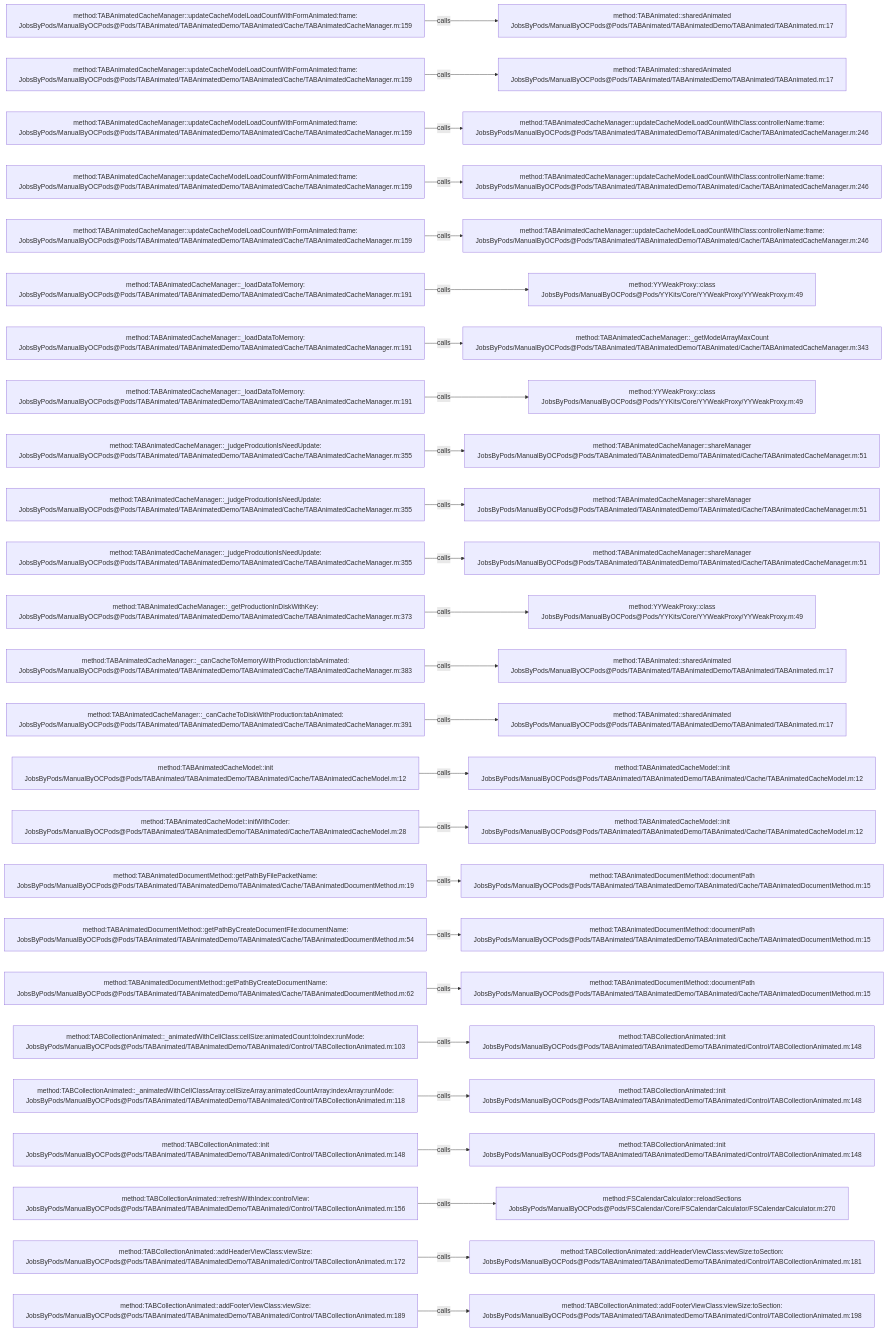
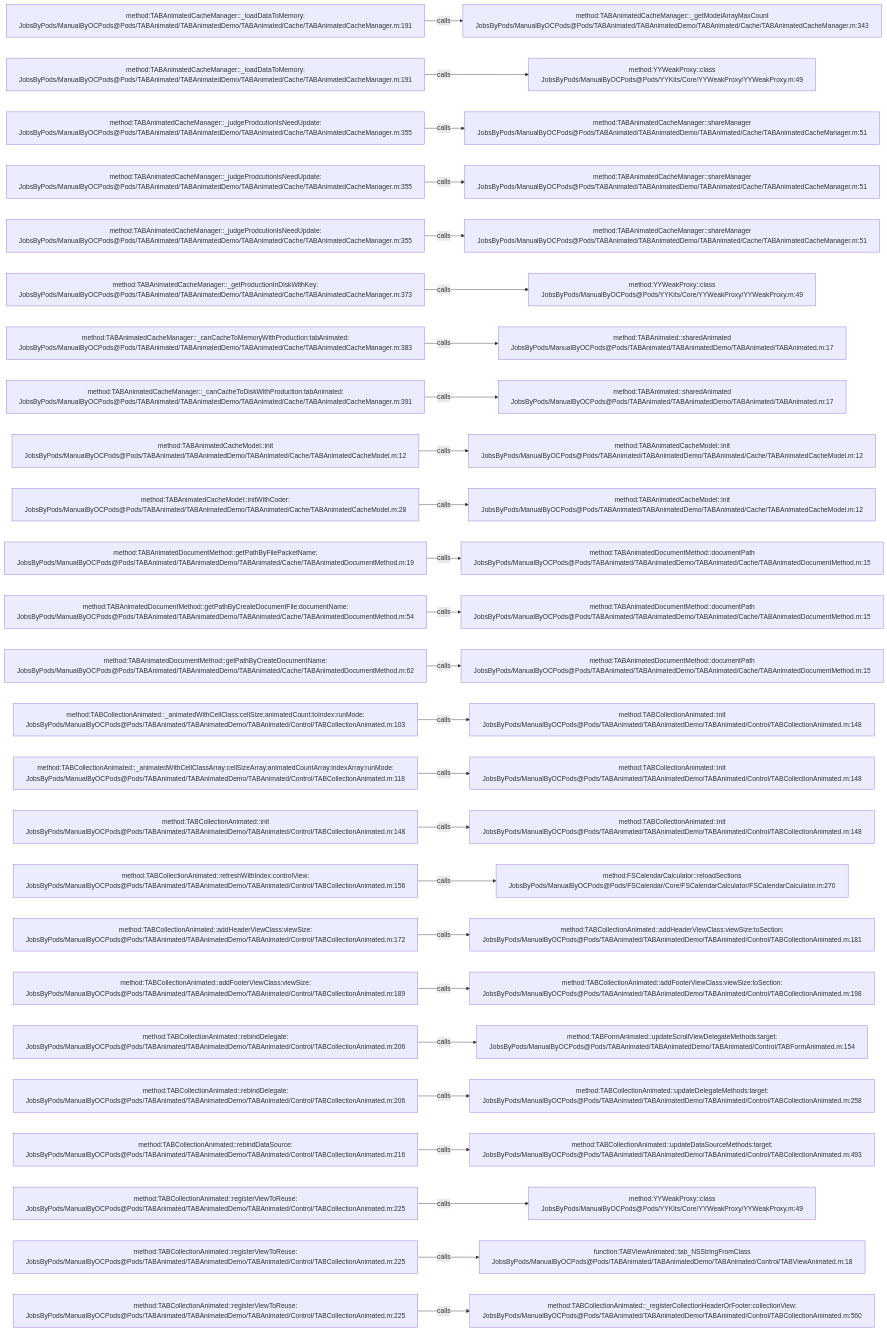
The diagram in .codegraph/codegraph.md/graphs/calls-013.md (JobsKits/JobsOCBaseConfigDemo), drawn with Mermaid before and after one commit. The commit also changed 666 other files, not shown here.

````diff
--- a/.codegraph/codegraph.md/graphs/calls-013.md
+++ b/.codegraph/codegraph.md/graphs/calls-013.md
@@ -13,78 +13,78 @@
 ```mermaid
 flowchart LR
-  S1["method:TABAnimatedCacheManager::updateCacheModelLoadCountWithFormAnimated:frame:<br/>JobsByPods/ManualByOCPods@Pods/TABAnimated/TABAnimatedDemo/TABAnimated/Cache/TABAnimatedCacheManager.m:159"]
-  T1["method:TABAnimated::sharedAnimated<br/>JobsByPods/ManualByOCPods@Pods/TABAnimated/TABAnimatedDemo/TABAnimated/TABAnimated.m:17"]
+  S1["method:TABAnimatedCacheManager::_loadDataToMemory:<br/>JobsByPods/ManualByOCPods@Pods/TABAnimated/TABAnimatedDemo/TABAnimated/Cache/TABAnimatedCacheManager.m:191"]
+  T1["method:TABAnimatedCacheManager::_getModelArrayMaxCount<br/>JobsByPods/ManualByOCPods@Pods/TABAnimated/TABAnimatedDemo/TABAnimated/Cache/TABAnimatedCacheManager.m:343"]
   S1 -->|calls| T1
-  S2["method:TABAnimatedCacheManager::updateCacheModelLoadCountWithFormAnimated:frame:<br/>JobsByPods/ManualByOCPods@Pods/TABAnimated/TABAnimatedDemo/TABAnimated/Cache/TABAnimatedCacheManager.m:159"]
-  T2["method:TABAnimated::sharedAnimated<br/>JobsByPods/ManualByOCPods@Pods/TABAnimated/TABAnimatedDemo/TABAnimated/TABAnimated.m:17"]
+  S2["method:TABAnimatedCacheManager::_loadDataToMemory:<br/>JobsByPods/ManualByOCPods@Pods/TABAnimated/TABAnimatedDemo/TABAnimated/Cache/TABAnimatedCacheManager.m:191"]
+  T2["method:YYWeakProxy::class<br/>JobsByPods/ManualByOCPods@Pods/YYKits/Core/YYWeakProxy/YYWeakProxy.m:49"]
   S2 -->|calls| T2
-  S3["method:TABAnimatedCacheManager::updateCacheModelLoadCountWithFormAnimated:frame:<br/>JobsByPods/ManualByOCPods@Pods/TABAnimated/TABAnimatedDemo/TABAnimated/Cache/TABAnimatedCacheManager.m:159"]
-  T3["method:TABAnimatedCacheManager::updateCacheModelLoadCountWithClass:controllerName:frame:<br/>JobsByPods/ManualByOCPods@Pods/TABAnimated/TABAnimatedDemo/TABAnimated/Cache/TABAnimatedCacheManager.m:246"]
+  S3["method:TABAnimatedCacheManager::_judgeProdcutionIsNeedUpdate:<br/>JobsByPods/ManualByOCPods@Pods/TABAnimated/TABAnimatedDemo/TABAnimated/Cache/TABAnimatedCacheManager.m:355"]
+  T3["method:TABAnimatedCacheManager::shareManager<br/>JobsByPods/ManualByOCPods@Pods/TABAnimated/TABAnimatedDemo/TABAnimated/Cache/TABAnimatedCacheManager.m:51"]
   S3 -->|calls| T3
-  S4["method:TABAnimatedCacheManager::updateCacheModelLoadCountWithFormAnimated:frame:<br/>JobsByPods/ManualByOCPods@Pods/TABAnimated/TABAnimatedDemo/TABAnimated/Cache/TABAnimatedCacheManager.m:159"]
-  T4["method:TABAnimatedCacheManager::updateCacheModelLoadCountWithClass:controllerName:frame:<br/>JobsByPods/ManualByOCPods@Pods/TABAnimated/TABAnimatedDemo/TABAnimated/Cache/TABAnimatedCacheManager.m:246"]
+  S4["method:TABAnimatedCacheManager::_judgeProdcutionIsNeedUpdate:<br/>JobsByPods/ManualByOCPods@Pods/TABAnimated/TABAnimatedDemo/TABAnimated/Cache/TABAnimatedCacheManager.m:355"]
+  T4["method:TABAnimatedCacheManager::shareManager<br/>JobsByPods/ManualByOCPods@Pods/TABAnimated/TABAnimatedDemo/TABAnimated/Cache/TABAnimatedCacheManager.m:51"]
   S4 -->|calls| T4
-  S5["method:TABAnimatedCacheManager::updateCacheModelLoadCountWithFormAnimated:frame:<br/>JobsByPods/ManualByOCPods@Pods/TABAnimated/TABAnimatedDemo/TABAnimated/Cache/TABAnimatedCacheManager.m:159"]
-  T5["method:TABAnimatedCacheManager::updateCacheModelLoadCountWithClass:controllerName:frame:<br/>JobsByPods/ManualByOCPods@Pods/TABAnimated/TABAnimatedDemo/TABAnimated/Cache/TABAnimatedCacheManager.m:246"]
+  S5["method:TABAnimatedCacheManager::_judgeProdcutionIsNeedUpdate:<br/>JobsByPods/ManualByOCPods@Pods/TABAnimated/TABAnimatedDemo/TABAnimated/Cache/TABAnimatedCacheManager.m:355"]
+  T5["method:TABAnimatedCacheManager::shareManager<br/>JobsByPods/ManualByOCPods@Pods/TABAnimated/TABAnimatedDemo/TABAnimated/Cache/TABAnimatedCacheManager.m:51"]
   S5 -->|calls| T5
-  S6["method:TABAnimatedCacheManager::_loadDataToMemory:<br/>JobsByPods/ManualByOCPods@Pods/TABAnimated/TABAnimatedDemo/TABAnimated/Cache/TABAnimatedCacheManager.m:191"]
+  S6["method:TABAnimatedCacheManager::_getProductionInDiskWithKey:<br/>JobsByPods/ManualByOCPods@Pods/TABAnimated/TABAnimatedDemo/TABAnimated/Cache/TABAnimatedCacheManager.m:373"]
   T6["method:YYWeakProxy::class<br/>JobsByPods/ManualByOCPods@Pods/YYKits/Core/YYWeakProxy/YYWeakProxy.m:49"]
   S6 -->|calls| T6
-  S7["method:TABAnimatedCacheManager::_loadDataToMemory:<br/>JobsByPods/ManualByOCPods@Pods/TABAnimated/TABAnimatedDemo/TABAnimated/Cache/TABAnimatedCacheManager.m:191"]
-  T7["method:TABAnimatedCacheManager::_getModelArrayMaxCount<br/>JobsByPods/ManualByOCPods@Pods/TABAnimated/TABAnimatedDemo/TABAnimated/Cache/TABAnimatedCacheManager.m:343"]
+  S7["method:TABAnimatedCacheManager::_canCacheToMemoryWithProduction:tabAnimated:<br/>JobsByPods/ManualByOCPods@Pods/TABAnimated/TABAnimatedDemo/TABAnimated/Cache/TABAnimatedCacheManager.m:383"]
+  T7["method:TABAnimated::sharedAnimated<br/>JobsByPods/ManualByOCPods@Pods/TABAnimated/TABAnimatedDemo/TABAnimated/TABAnimated.m:17"]
   S7 -->|calls| T7
-  S8["method:TABAnimatedCacheManager::_loadDataToMemory:<br/>JobsByPods/ManualByOCPods@Pods/TABAnimated/TABAnimatedDemo/TABAnimated/Cache/TABAnimatedCacheManager.m:191"]
-  T8["method:YYWeakProxy::class<br/>JobsByPods/ManualByOCPods@Pods/YYKits/Core/YYWeakProxy/YYWeakProxy.m:49"]
+  S8["method:TABAnimatedCacheManager::_canCacheToDiskWithProduction:tabAnimated:<br/>JobsByPods/ManualByOCPods@Pods/TABAnimated/TABAnimatedDemo/TABAnimated/Cache/TABAnimatedCacheManager.m:391"]
+  T8["method:TABAnimated::sharedAnimated<br/>JobsByPods/ManualByOCPods@Pods/TABAnimated/TABAnimatedDemo/TABAnimated/TABAnimated.m:17"]
   S8 -->|calls| T8
-  S9["method:TABAnimatedCacheManager::_judgeProdcutionIsNeedUpdate:<br/>JobsByPods/ManualByOCPods@Pods/TABAnimated/TABAnimatedDemo/TABAnimated/Cache/TABAnimatedCacheManager.m:355"]
-  T9["method:TABAnimatedCacheManager::shareManager<br/>JobsByPods/ManualByOCPods@Pods/TABAnimated/TABAnimatedDemo/TABAnimated/Cache/TABAnimatedCacheManager.m:51"]
+  S9["method:TABAnimatedCacheModel::init<br/>JobsByPods/ManualByOCPods@Pods/TABAnimated/TABAnimatedDemo/TABAnimated/Cache/TABAnimatedCacheModel.m:12"]
+  T9["method:TABAnimatedCacheModel::init<br/>JobsByPods/ManualByOCPods@Pods/TABAnimated/TABAnimatedDemo/TABAnimated/Cache/TABAnimatedCacheModel.m:12"]
   S9 -->|calls| T9
-  S10["method:TABAnimatedCacheManager::_judgeProdcutionIsNeedUpdate:<br/>JobsByPods/ManualByOCPods@Pods/TABAnimated/TABAnimatedDemo/TABAnimated/Cache/TABAnimatedCacheManager.m:355"]
-  T10["method:TABAnimatedCacheManager::shareManager<br/>JobsByPods/ManualByOCPods@Pods/TABAnimated/TABAnimatedDemo/TABAnimated/Cache/TABAnimatedCacheManager.m:51"]
+  S10["method:TABAnimatedCacheModel::initWithCoder:<br/>JobsByPods/ManualByOCPods@Pods/TABAnimated/TABAnimatedDemo/TABAnimated/Cache/TABAnimatedCacheModel.m:28"]
+  T10["method:TABAnimatedCacheModel::init<br/>JobsByPods/ManualByOCPods@Pods/TABAnimated/TABAnimatedDemo/TABAnimated/Cache/TABAnimatedCacheModel.m:12"]
   S10 -->|calls| T10
-  S11["method:TABAnimatedCacheManager::_judgeProdcutionIsNeedUpdate:<br/>JobsByPods/ManualByOCPods@Pods/TABAnimated/TABAnimatedDemo/TABAnimated/Cache/TABAnimatedCacheManager.m:355"]
-  T11["method:TABAnimatedCacheManager::shareManager<br/>JobsByPods/ManualByOCPods@Pods/TABAnimated/TABAnimatedDemo/TABAnimated/Cache/TABAnimatedCacheManager.m:51"]
+  S11["method:TABAnimatedDocumentMethod::getPathByFilePacketName:<br/>JobsByPods/ManualByOCPods@Pods/TABAnimated/TABAnimatedDemo/TABAnimated/Cache/TABAnimatedDocumentMethod.m:19"]
+  T11["method:TABAnimatedDocumentMethod::documentPath<br/>JobsByPods/ManualByOCPods@Pods/TABAnimated/TABAnimatedDemo/TABAnimated/Cache/TABAnimatedDocumentMethod.m:15"]
   S11 -->|calls| T11
-  S12["method:TABAnimatedCacheManager::_getProductionInDiskWithKey:<br/>JobsByPods/ManualByOCPods@Pods/TABAnimated/TABAnimatedDemo/TABAnimated/Cache/TABAnimatedCacheManager.m:373"]
-  T12["method:YYWeakProxy::class<br/>JobsByPods/ManualByOCPods@Pods/YYKits/Core/YYWeakProxy/YYWeakProxy.m:49"]
+  S12["method:TABAnimatedDocumentMethod::getPathByCreateDocumentFile:documentName:<br/>JobsByPods/ManualByOCPods@Pods/TABAnimated/TABAnimatedDemo/TABAnimated/Cache/TABAnimatedDocumentMethod.m:54"]
+  T12["method:TABAnimatedDocumentMethod::documentPath<br/>JobsByPods/ManualByOCPods@Pods/TABAnimated/TABAnimatedDemo/TABAnimated/Cache/TABAnimatedDocumentMethod.m:15"]
   S12 -->|calls| T12
-  S13["method:TABAnimatedCacheManager::_canCacheToMemoryWithProduction:tabAnimated:<br/>JobsByPods/ManualByOCPods@Pods/TABAnimated/TABAnimatedDemo/TABAnimated/Cache/TABAnimatedCacheManager.m:383"]
-  T13["method:TABAnimated::sharedAnimated<br/>JobsByPods/ManualByOCPods@Pods/TABAnimated/TABAnimatedDemo/TABAnimated/TABAnimated.m:17"]
+  S13["method:TABAnimatedDocumentMethod::getPathByCreateDocumentName:<br/>JobsByPods/ManualByOCPods@Pods/TABAnimated/TABAnimatedDemo/TABAnimated/Cache/TABAnimatedDocumentMethod.m:62"]
+  T13["method:TABAnimatedDocumentMethod::documentPath<br/>JobsByPods/ManualByOCPods@Pods/TABAnimated/TABAnimatedDemo/TABAnimated/Cache/TABAnimatedDocumentMethod.m:15"]
   S13 -->|calls| T13
-  S14["method:TABAnimatedCacheManager::_canCacheToDiskWithProduction:tabAnimated:<br/>JobsByPods/ManualByOCPods@Pods/TABAnimated/TABAnimatedDemo/TABAnimated/Cache/TABAnimatedCacheManager.m:391"]
-  T14["method:TABAnimated::sharedAnimated<br/>JobsByPods/ManualByOCPods@Pods/TABAnimated/TABAnimatedDemo/TABAnimated/TABAnimated.m:17"]
+  S14["method:TABCollectionAnimated::_animatedWithCellClass:cellSize:animatedCount:toIndex:runMode:<br/>JobsByPods/ManualByOCPods@Pods/TABAnimated/TABAnimatedDemo/TABAnimated/Control/TABCollectionAnimated.m:103"]
+  T14["method:TABCollectionAnimated::init<br/>JobsByPods/ManualByOCPods@Pods/TABAnimated/TABAnimatedDemo/TABAnimated/Control/TABCollectionAnimated.m:148"]
   S14 -->|calls| T14
-  S15["method:TABAnimatedCacheModel::init<br/>JobsByPods/ManualByOCPods@Pods/TABAnimated/TABAnimatedDemo/TABAnimated/Cache/TABAnimatedCacheModel.m:12"]
-  T15["method:TABAnimatedCacheModel::init<br/>JobsByPods/ManualByOCPods@Pods/TABAnimated/TABAnimatedDemo/TABAnimated/Cache/TABAnimatedCacheModel.m:12"]
+  S15["method:TABCollectionAnimated::_animatedWithCellClassArray:cellSizeArray:animatedCountArray:indexArray:runMode:<br/>JobsByPods/ManualByOCPods@Pods/TABAnimated/TABAnimatedDemo/TABAnimated/Control/TABCollectionAnimated.m:118"]
+  T15["method:TABCollectionAnimated::init<br/>JobsByPods/ManualByOCPods@Pods/TABAnimated/TABAnimatedDemo/TABAnimated/Control/TABCollectionAnimated.m:148"]
   S15 -->|calls| T15
-  S16["method:TABAnimatedCacheModel::initWithCoder:<br/>JobsByPods/ManualByOCPods@Pods/TABAnimated/TABAnimatedDemo/TABAnimated/Cache/TABAnimatedCacheModel.m:28"]
-  T16["method:TABAnimatedCacheModel::init<br/>JobsByPods/ManualByOCPods@Pods/TABAnimated/TABAnimatedDemo/TABAnimated/Cache/TABAnimatedCacheModel.m:12"]
+  S16["method:TABCollectionAnimated::init<br/>JobsByPods/ManualByOCPods@Pods/TABAnimated/TABAnimatedDemo/TABAnimated/Control/TABCollectionAnimated.m:148"]
+  T16["method:TABCollectionAnimated::init<br/>JobsByPods/ManualByOCPods@Pods/TABAnimated/TABAnimatedDemo/TABAnimated/Control/TABCollectionAnimated.m:148"]
   S16 -->|calls| T16
-  S17["method:TABAnimatedDocumentMethod::getPathByFilePacketName:<br/>JobsByPods/ManualByOCPods@Pods/TABAnimated/TABAnimatedDemo/TABAnimated/Cache/TABAnimatedDocumentMethod.m:19"]
-  T17["method:TABAnimatedDocumentMethod::documentPath<br/>JobsByPods/ManualByOCPods@Pods/TABAnimated/TABAnimatedDemo/TABAnimated/Cache/TABAnimatedDocumentMethod.m:15"]
+  S17["method:TABCollectionAnimated::refreshWithIndex:controlView:<br/>JobsByPods/ManualByOCPods@Pods/TABAnimated/TABAnimatedDemo/TABAnimated/Control/TABCollectionAnimated.m:156"]
+  T17["method:FSCalendarCalculator::reloadSections<br/>JobsByPods/ManualByOCPods@Pods/FSCalendar/Core/FSCalendarCalculator/FSCalendarCalculator.m:270"]
   S17 -->|calls| T17
-  S18["method:TABAnimatedDocumentMethod::getPathByCreateDocumentFile:documentName:<br/>JobsByPods/ManualByOCPods@Pods/TABAnimated/TABAnimatedDemo/TABAnimated/Cache/TABAnimatedDocumentMethod.m:54"]
-  T18["method:TABAnimatedDocumentMethod::documentPath<br/>JobsByPods/ManualByOCPods@Pods/TABAnimated/TABAnimatedDemo/TABAnimated/Cache/TABAnimatedDocumentMethod.m:15"]
+  S18["method:TABCollectionAnimated::addHeaderViewClass:viewSize:<br/>JobsByPods/ManualByOCPods@Pods/TABAnimated/TABAnimatedDemo/TABAnimated/Control/TABCollectionAnimated.m:172"]
+  T18["method:TABCollectionAnimated::addHeaderViewClass:viewSize:toSection:<br/>JobsByPods/ManualByOCPods@Pods/TABAnimated/TABAnimatedDemo/TABAnimated/Control/TABCollectionAnimated.m:181"]
   S18 -->|calls| T18
-  S19["method:TABAnimatedDocumentMethod::getPathByCreateDocumentName:<br/>JobsByPods/ManualByOCPods@Pods/TABAnimated/TABAnimatedDemo/TABAnimated/Cache/TABAnimatedDocumentMethod.m:62"]
-  T19["method:TABAnimatedDocumentMethod::documentPath<br/>JobsByPods/ManualByOCPods@Pods/TABAnimated/TABAnimatedDemo/TABAnimated/Cache/TABAnimatedDocumentMethod.m:15"]
+  S19["method:TABCollectionAnimated::addFooterViewClass:viewSize:<br/>JobsByPods/ManualByOCPods@Pods/TABAnimated/TABAnimatedDemo/TABAnimated/Control/TABCollectionAnimated.m:189"]
+  T19["method:TABCollectionAnimated::addFooterViewClass:viewSize:toSection:<br/>JobsByPods/ManualByOCPods@Pods/TABAnimated/TABAnimatedDemo/TABAnimated/Control/TABCollectionAnimated.m:198"]
   S19 -->|calls| T19
-  S20["method:TABCollectionAnimated::_animatedWithCellClass:cellSize:animatedCount:toIndex:runMode:<br/>JobsByPods/ManualByOCPods@Pods/TABAnimated/TABAnimatedDemo/TABAnimated/Control/TABCollectionAnimated.m:103"]
-  T20["method:TABCollectionAnimated::init<br/>JobsByPods/ManualByOCPods@Pods/TABAnimated/TABAnimatedDemo/TABAnimated/Control/TABCollectionAnimated.m:148"]
+  S20["method:TABCollectionAnimated::rebindDelegate:<br/>JobsByPods/ManualByOCPods@Pods/TABAnimated/TABAnimatedDemo/TABAnimated/Control/TABCollectionAnimated.m:206"]
+  T20["method:TABFormAnimated::updateScrollViewDelegateMethods:target:<br/>JobsByPods/ManualByOCPods@Pods/TABAnimated/TABAnimatedDemo/TABAnimated/Control/TABFormAnimated.m:154"]
   S20 -->|calls| T20
-  S21["method:TABCollectionAnimated::_animatedWithCellClassArray:cellSizeArray:animatedCountArray:indexArray:runMode:<br/>JobsByPods/ManualByOCPods@Pods/TABAnimated/TABAnimatedDemo/TABAnimated/Control/TABCollectionAnimated.m:118"]
-  T21["method:TABCollectionAnimated::init<br/>JobsByPods/ManualByOCPods@Pods/TABAnimated/TABAnimatedDemo/TABAnimated/Control/TABCollectionAnimated.m:148"]
+  S21["method:TABCollectionAnimated::rebindDelegate:<br/>JobsByPods/ManualByOCPods@Pods/TABAnimated/TABAnimatedDemo/TABAnimated/Control/TABCollectionAnimated.m:206"]
+  T21["method:TABCollectionAnimated::updateDelegateMethods:target:<br/>JobsByPods/ManualByOCPods@Pods/TABAnimated/TABAnimatedDemo/TABAnimated/Control/TABCollectionAnimated.m:258"]
   S21 -->|calls| T21
-  S22["method:TABCollectionAnimated::init<br/>JobsByPods/ManualByOCPods@Pods/TABAnimated/TABAnimatedDemo/TABAnimated/Control/TABCollectionAnimated.m:148"]
-  T22["method:TABCollectionAnimated::init<br/>JobsByPods/ManualByOCPods@Pods/TABAnimated/TABAnimatedDemo/TABAnimated/Control/TABCollectionAnimated.m:148"]
+  S22["method:TABCollectionAnimated::rebindDataSource:<br/>JobsByPods/ManualByOCPods@Pods/TABAnimated/TABAnimatedDemo/TABAnimated/Control/TABCollectionAnimated.m:216"]
+  T22["method:TABCollectionAnimated::updateDataSourceMethods:target:<br/>JobsByPods/ManualByOCPods@Pods/TABAnimated/TABAnimatedDemo/TABAnimated/Control/TABCollectionAnimated.m:493"]
   S22 -->|calls| T22
-  S23["method:TABCollectionAnimated::refreshWithIndex:controlView:<br/>JobsByPods/ManualByOCPods@Pods/TABAnimated/TABAnimatedDemo/TABAnimated/Control/TABCollectionAnimated.m:156"]
-  T23["method:FSCalendarCalculator::reloadSections<br/>JobsByPods/ManualByOCPods@Pods/FSCalendar/Core/FSCalendarCalculator/FSCalendarCalculator.m:270"]
+  S23["method:TABCollectionAnimated::registerViewToReuse:<br/>JobsByPods/ManualByOCPods@Pods/TABAnimated/TABAnimatedDemo/TABAnimated/Control/TABCollectionAnimated.m:225"]
+  T23["method:YYWeakProxy::class<br/>JobsByPods/ManualByOCPods@Pods/YYKits/Core/YYWeakProxy/YYWeakProxy.m:49"]
   S23 -->|calls| T23
-  S24["method:TABCollectionAnimated::addHeaderViewClass:viewSize:<br/>JobsByPods/ManualByOCPods@Pods/TABAnimated/TABAnimatedDemo/TABAnimated/Control/TABCollectionAnimated.m:172"]
-  T24["method:TABCollectionAnimated::addHeaderViewClass:viewSize:toSection:<br/>JobsByPods/ManualByOCPods@Pods/TABAnimated/TABAnimatedDemo/TABAnimated/Control/TABCollectionAnimated.m:181"]
+  S24["method:TABCollectionAnimated::registerViewToReuse:<br/>JobsByPods/ManualByOCPods@Pods/TABAnimated/TABAnimatedDemo/TABAnimated/Control/TABCollectionAnimated.m:225"]
+  T24["function:TABViewAnimated::tab_NSStringFromClass<br/>JobsByPods/ManualByOCPods@Pods/TABAnimated/TABAnimatedDemo/TABAnimated/Control/TABViewAnimated.m:18"]
   S24 -->|calls| T24
-  S25["method:TABCollectionAnimated::addFooterViewClass:viewSize:<br/>JobsByPods/ManualByOCPods@Pods/TABAnimated/TABAnimatedDemo/TABAnimated/Control/TABCollectionAnimated.m:189"]
-  T25["method:TABCollectionAnimated::addFooterViewClass:viewSize:toSection:<br/>JobsByPods/ManualByOCPods@Pods/TABAnimated/TABAnimatedDemo/TABAnimated/Control/TABCollectionAnimated.m:198"]
+  S25["method:TABCollectionAnimated::registerViewToReuse:<br/>JobsByPods/ManualByOCPods@Pods/TABAnimated/TABAnimatedDemo/TABAnimated/Control/TABCollectionAnimated.m:225"]
+  T25["method:TABCollectionAnimated::_registerCollectionHeaderOrFooter:collectionView:<br/>JobsByPods/ManualByOCPods@Pods/TABAnimated/TABAnimatedDemo/TABAnimated/Control/TABCollectionAnimated.m:560"]
   S25 -->|calls| T25
 ```
````
